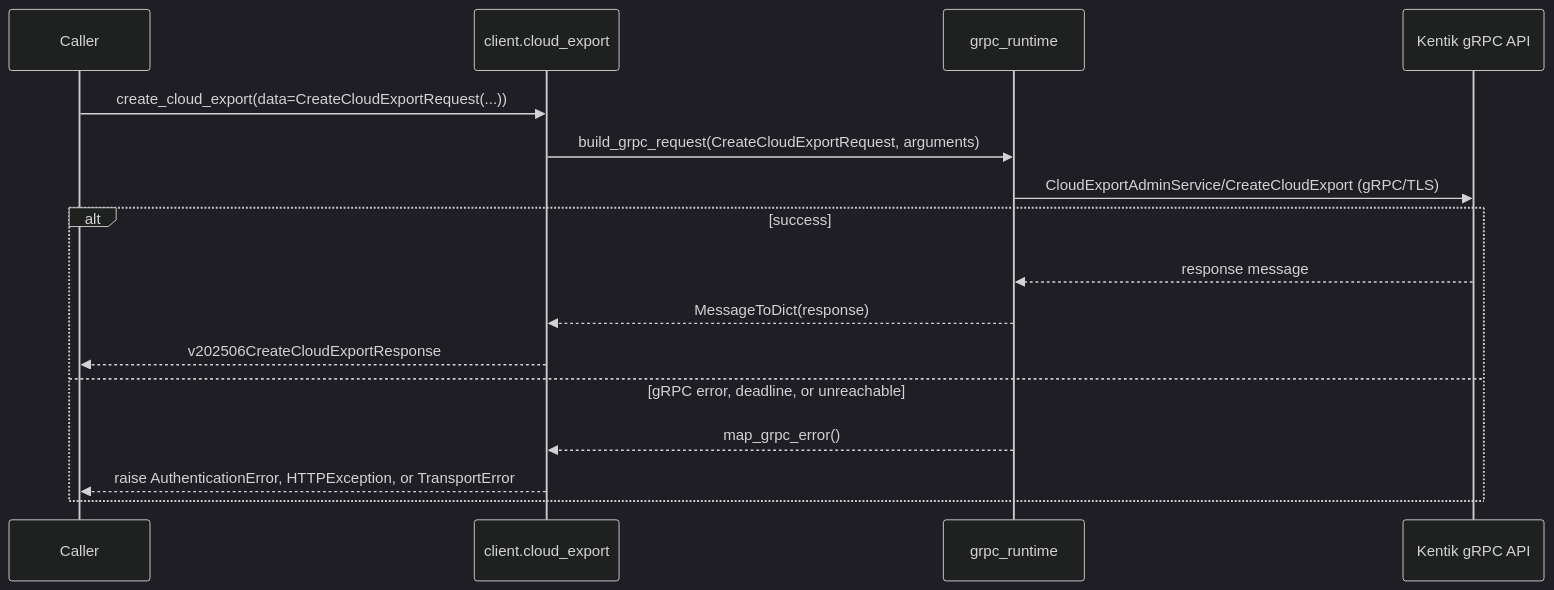
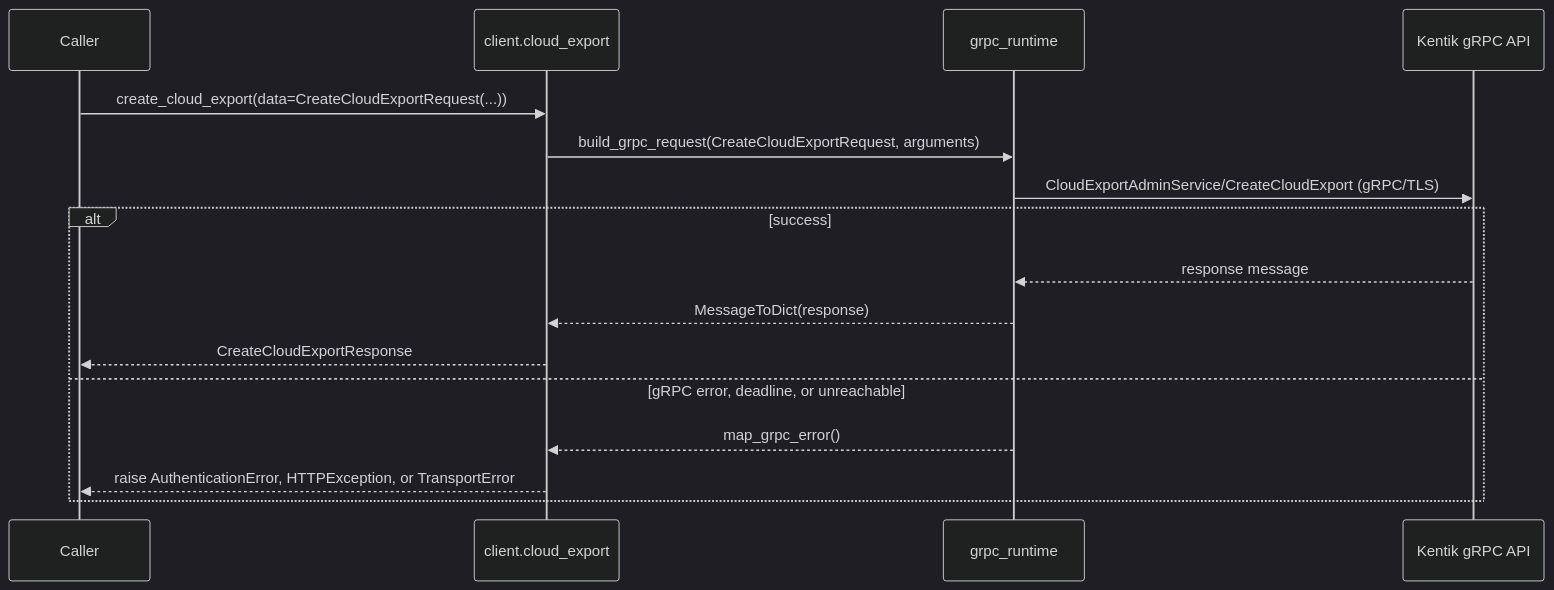
One commit to alexdearaujo/community_sdk_python changed the fifth of 12 diagrams in docs/sphinx/services/cloud_export.md. Above: the diagram before and after it, drawn with Mermaid (dark theme). The commit also changed other lines of this file and 38 other files, not shown here.

````diff
--- a/docs/sphinx/services/cloud_export.md
+++ b/docs/sphinx/services/cloud_export.md
@@ -127,19 +127,19 @@
 ```mermaid
 sequenceDiagram
     participant C as Caller
     participant W as client.cloud_export
     participant R as grpc_runtime
     participant API as Kentik gRPC API
 
     C->>W: create_cloud_export(data=CreateCloudExportRequest(...))
     W->>R: build_grpc_request(CreateCloudExportRequest, arguments)
     R->>API: CloudExportAdminService/CreateCloudExport (gRPC/TLS)
     alt success
         API-->>R: response message
         R-->>W: MessageToDict(response)
-        W-->>C: v202506CreateCloudExportResponse
+        W-->>C: CreateCloudExportResponse
     else gRPC error, deadline, or unreachable
         R-->>W: map_grpc_error()
         W-->>C: raise AuthenticationError, HTTPException, or TransportError
     end
 ```
````
